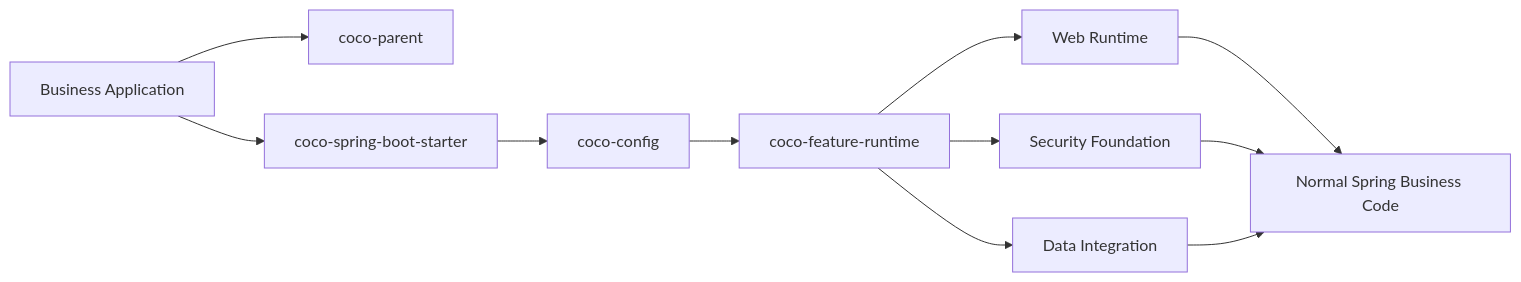
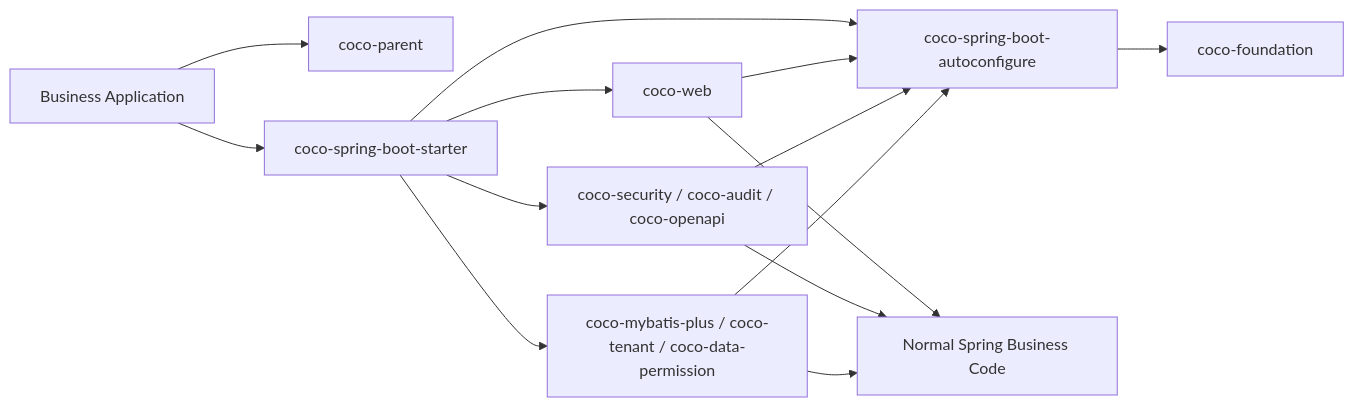
The diagram in .github/readme/fragments/en/50-samples-and-architecture.md (patton174/coco-framework), drawn with Mermaid before and after one commit. The commit also changed other lines of this file and 674 other files, not shown here.

````diff
--- a/.github/readme/fragments/en/50-samples-and-architecture.md
+++ b/.github/readme/fragments/en/50-samples-and-architecture.md
@@ -27,13 +27,16 @@
 ```mermaid
 flowchart LR
     app["Business Application"] --> parent["coco-parent"]
     app --> starter["coco-spring-boot-starter"]
-    starter --> config["coco-config"]
-    config --> runtime["coco-feature-runtime"]
-    runtime --> web["Web Runtime"]
-    runtime --> security["Security Foundation"]
-    runtime --> data["Data Integration"]
+    starter --> autoconfigure["coco-spring-boot-autoconfigure"]
+    starter --> web["coco-web"]
+    starter --> security["coco-security / coco-audit / coco-openapi"]
+    starter --> data["coco-mybatis-plus / coco-tenant / coco-data-permission"]
+    web --> autoconfigure
+    security --> autoconfigure
+    data --> autoconfigure
+    autoconfigure --> foundation["coco-foundation"]
     web --> business["Normal Spring Business Code"]
     security --> business
     data --> business
 ```
````
